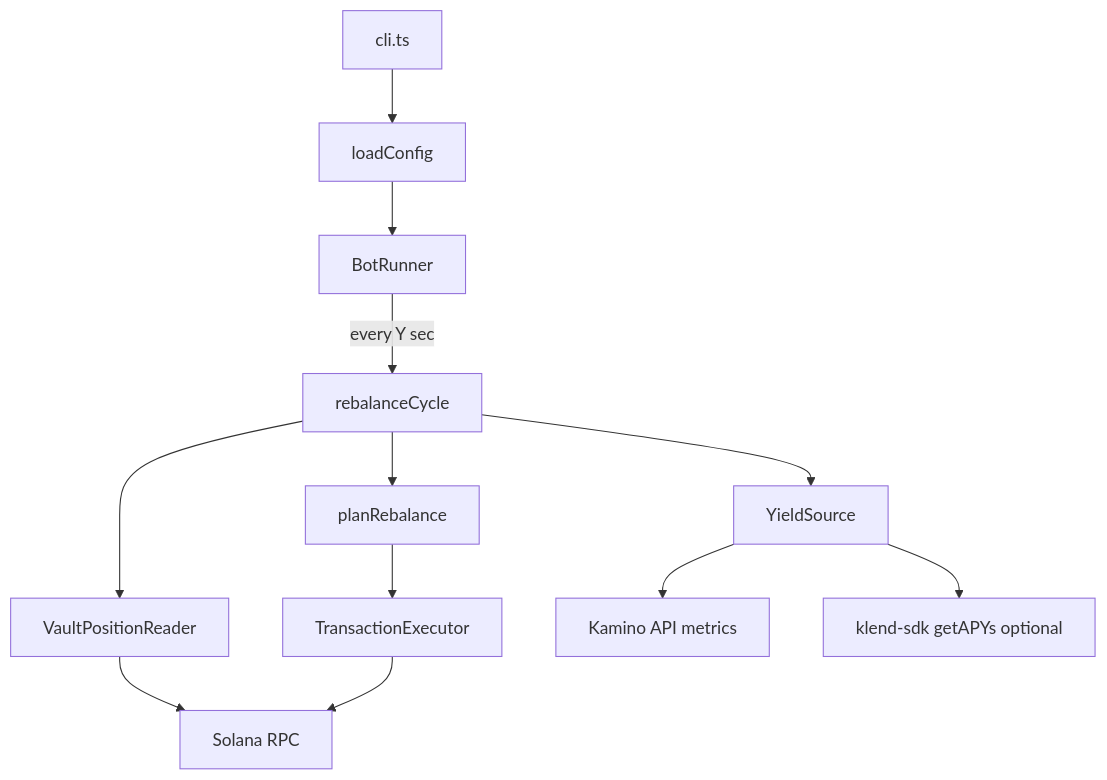
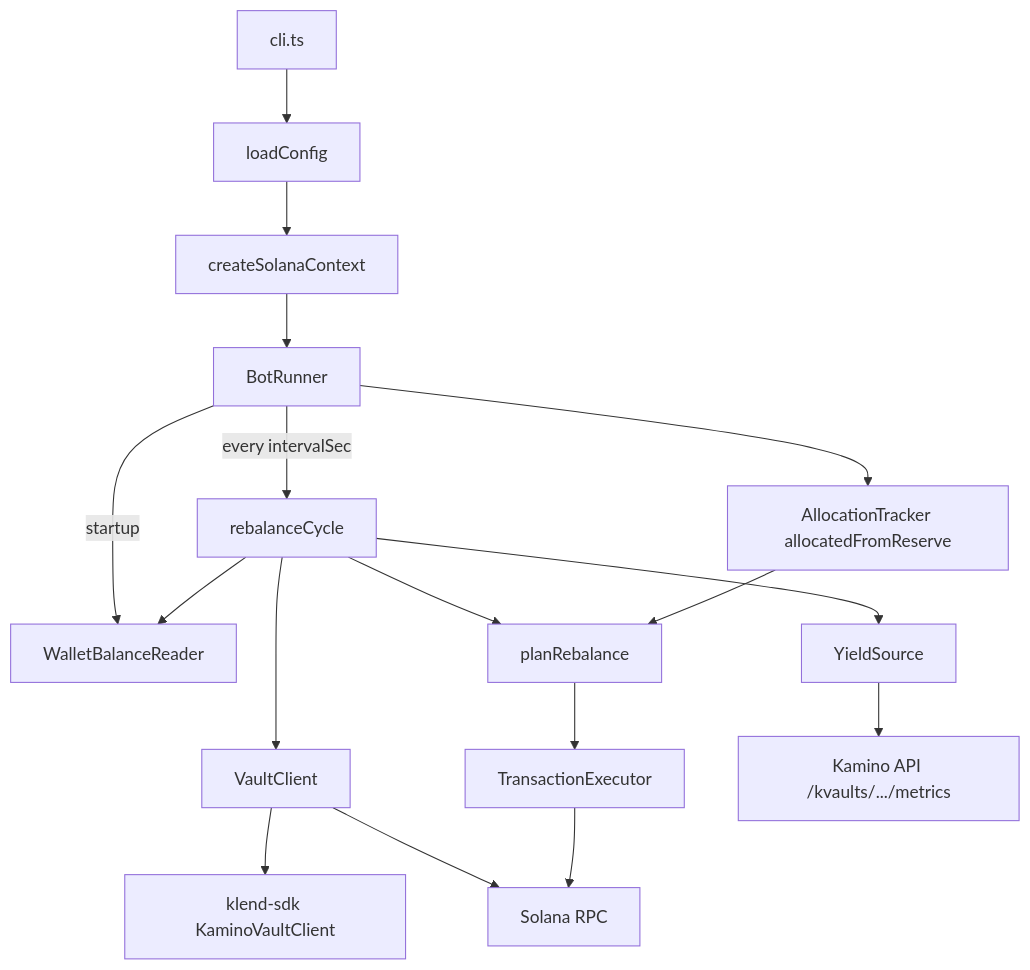
One commit to jimmychu0807/kamino-trading-bot changed the diagram in .cursor/plans/001_kamino_rebalance_bot_bbe6372e.plan.md. Above: the diagram before and after it, drawn with Mermaid. The commit also changed other lines of this file and 8 other files, not shown here.

````diff
--- a/.cursor/plans/001_kamino_rebalance_bot_bbe6372e.plan.md
+++ b/.cursor/plans/001_kamino_rebalance_bot_bbe6372e.plan.md
@@ -34,14 +39,19 @@
 ```mermaid
 flowchart TB
   CLI[cli.ts] --> Config[loadConfig]
-  Config --> Bot[BotRunner]
-  Bot -->|every Y sec| Cycle[rebalanceCycle]
+  Config --> Ctx[createSolanaContext]
+  Ctx --> Bot[BotRunner]
+  Bot -->|startup| Bal[WalletBalanceReader]
+  Bot -->|every intervalSec| Cycle[rebalanceCycle]
   Cycle --> Yield[YieldSource]
-  Cycle --> Positions[VaultPositionReader]
+  Cycle --> Vault[VaultClient]
+  Cycle --> Bal
   Cycle --> Plan[planRebalance]
   Plan --> Exec[TransactionExecutor]
-  Yield --> API[Kamino API metrics]
-  Yield --> SDK[klend-sdk getAPYs optional]
-  Positions --> RPC[Solana RPC]
+  Yield --> API[Kamino API /kvaults/.../metrics]
+  Vault --> SDK[klend-sdk KaminoVaultClient]
+  Vault --> RPC[Solana RPC]
   Exec --> RPC
+  Bot --> Tracker[AllocationTracker allocatedFromReserve]
+  Tracker --> Plan
 ```
````
